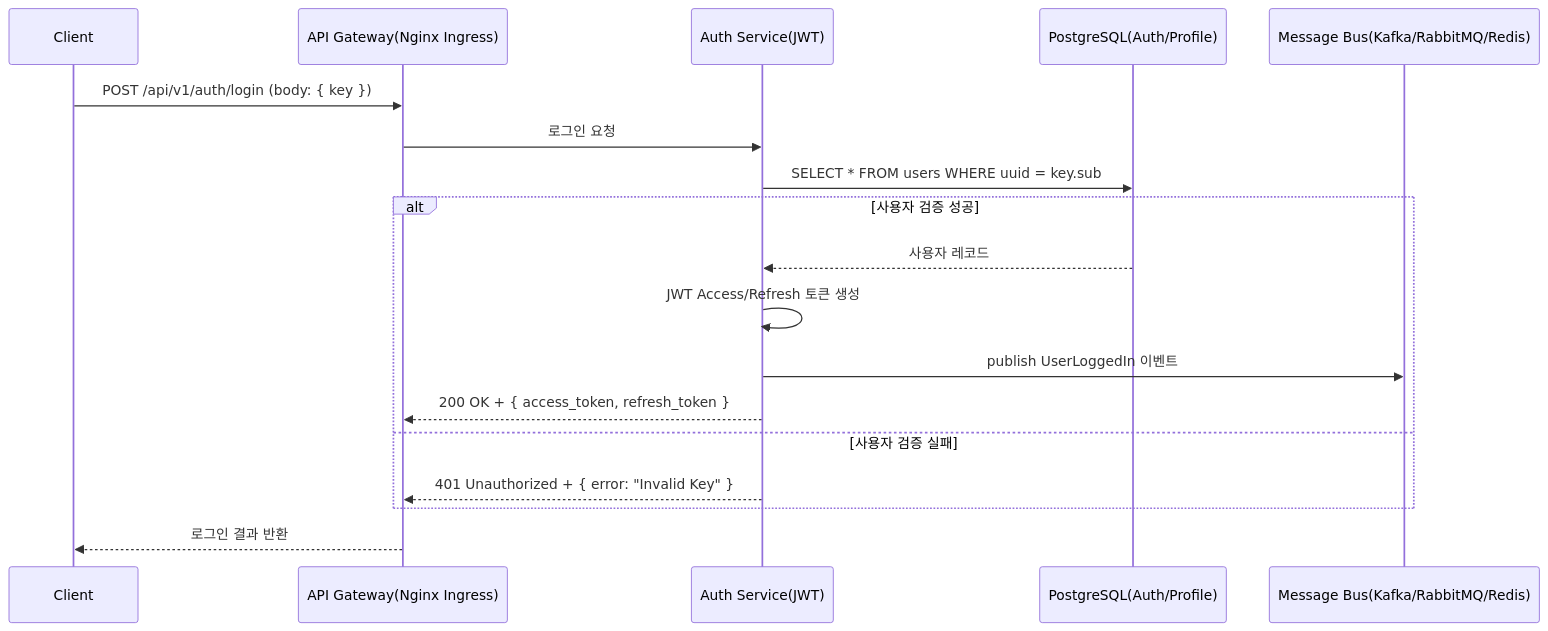
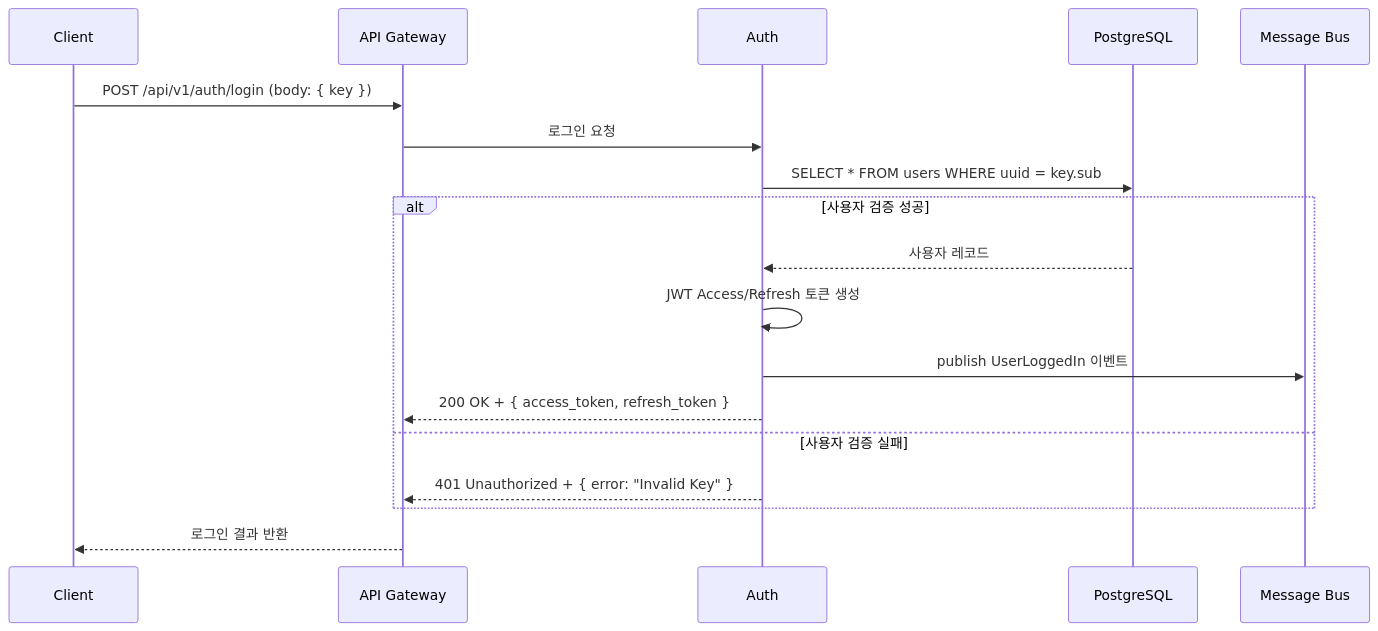
One commit to myeonghan-nim/veilgram changed the second of 47 diagrams in documents/sequence_diagram.md. Above: the diagram before and after it, drawn with Mermaid. The commit also changed other lines of this file and 1 other file, not shown here.

````diff
--- a/documents/sequence_diagram.md
+++ b/documents/sequence_diagram.md
@@ -35,21 +35,21 @@
 ```mermaid
 sequenceDiagram
     participant Client as Client
-    participant APIGW as API Gateway(Nginx Ingress)
-    participant Auth as Auth Service(JWT)
-    participant DB as PostgreSQL(Auth/Profile)
-    participant Bus as Message Bus(Kafka/RabbitMQ/Redis)
+    participant APIGW as API Gateway
+    participant Auth as Auth
+    participant DB as PostgreSQL
+    participant Bus as Message Bus
 
     Client->>APIGW: POST /api/v1/auth/login (body: { key })
     APIGW->>Auth: 로그인 요청
     Auth->>DB: SELECT * FROM users WHERE uuid = key.sub
     alt 사용자 검증 성공
         DB-->>Auth: 사용자 레코드
         Auth->>Auth: JWT Access/Refresh 토큰 생성
         Auth->>Bus: publish UserLoggedIn 이벤트
         Auth-->>APIGW: 200 OK + { access_token, refresh_token }
     else 사용자 검증 실패
         Auth-->>APIGW: 401 Unauthorized + { error: "Invalid Key" }
     end
     APIGW-->>Client: 로그인 결과 반환
 ```
````
